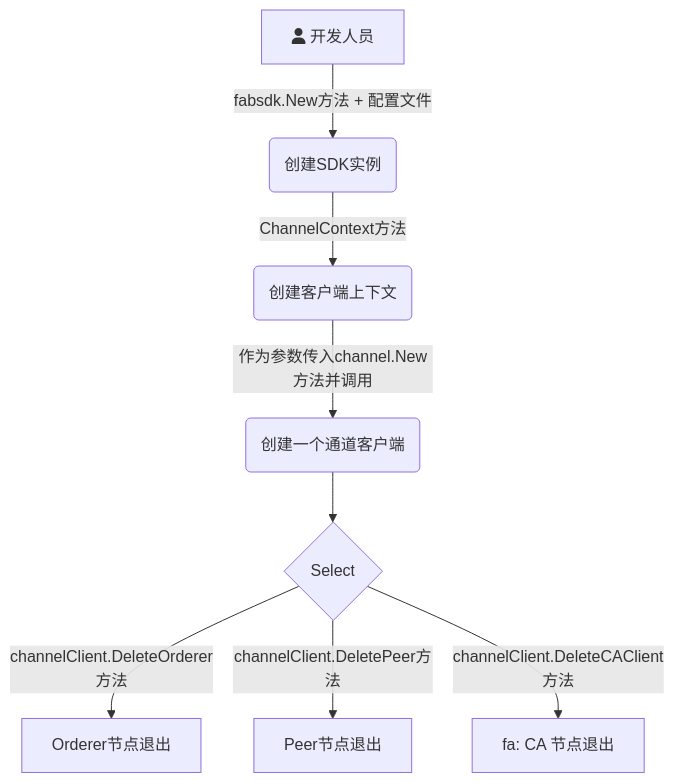
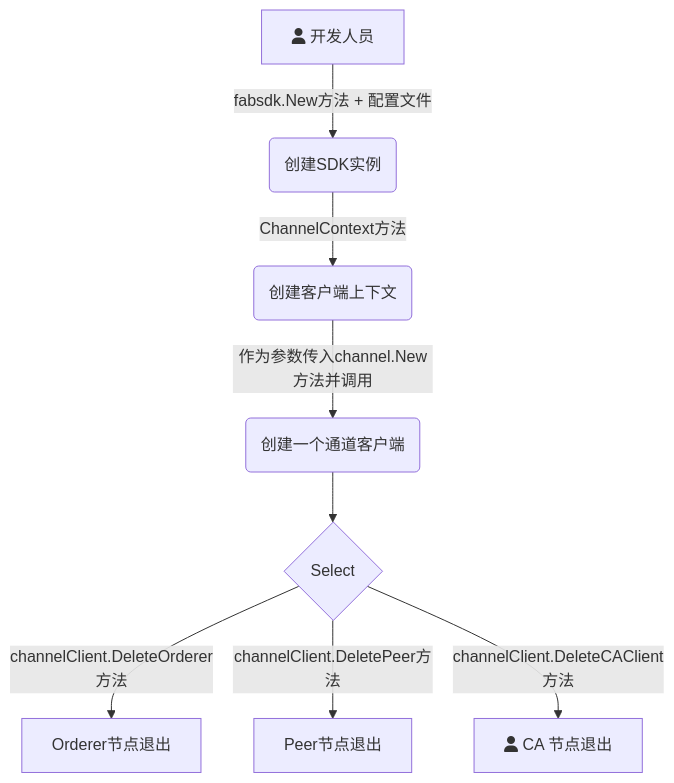
One commit to Utekichan/iodraw-files changed the diagram in all/未命名.md. Above: the diagram before and after it, drawn with Mermaid.

Commit message:
2024-03-30 22:24:50 update

````diff
--- a/all/未命名.md
+++ b/all/未命名.md
@@ -1,11 +1,11 @@
 ```mermaid
 graph TD
     A[fa:fa-user 开发人员] -->|fabsdk.New方法 + 配置文件| B(创建SDK实例)
     B-->|ChannelContext方法| C(创建客户端上下文)
     C-->|作为参数传入channel.New方法并调用| D(创建一个通道客户端)
     D --> E{Select}
     E -->|channelClient.DeleteOrderer方法| F[Orderer节点退出]
     E -->|channelClient.DeletePeer方法| G[Peer节点退出]
-    E -->|channelClient.DeleteCAClient方法| H[fa: CA 节点退出]
+    E -->|channelClient.DeleteCAClient方法| H[fa:fa-user CA 节点退出]
   
 ```
````
